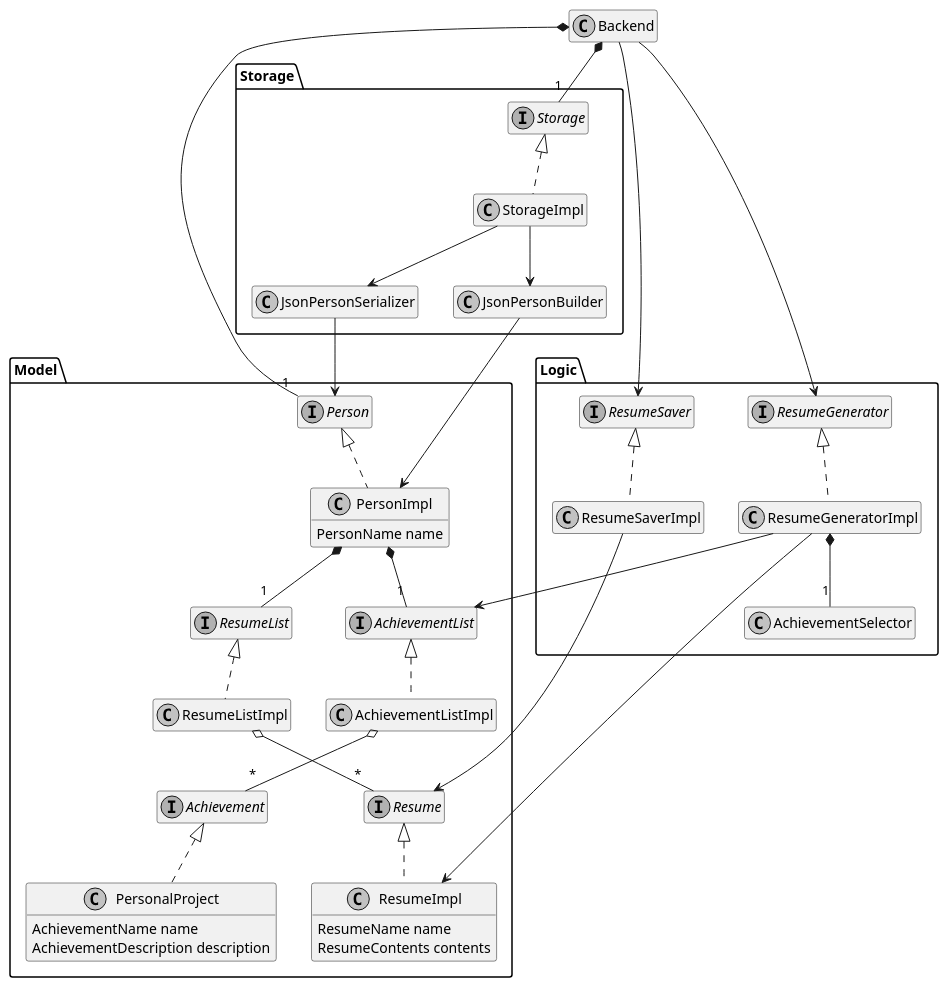
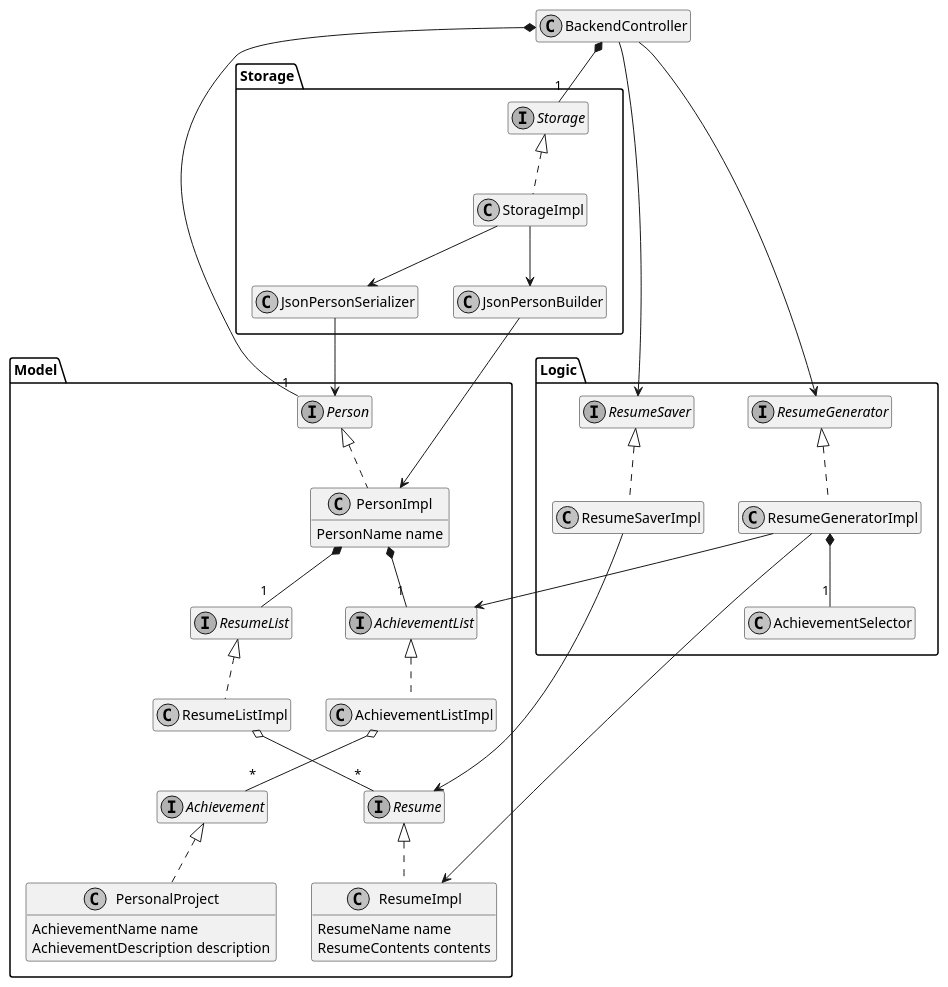
One commit to marckysan/ResuMe changed the diagram in docs/diagrams/BackendClassDiagram.puml. Above: the diagram before and after it, drawn with PlantUML. The commit also changed 4 other files, not shown here.

Commit message:
Update UML diagrams

```diff
--- a/docs/diagrams/BackendClassDiagram.puml
+++ b/docs/diagrams/BackendClassDiagram.puml
@@ -1,79 +1,79 @@
 @startuml
 
 skinparam monochrome true
 hide empty members
 
-class Backend
-Backend --> Logic.ResumeSaver
-Backend --> Logic.ResumeGenerator
-Backend *-- "1" Model.Person
-Backend *-- "1" Storage.Storage
+class BackendController
+BackendController --> Logic.ResumeSaver
+BackendController --> Logic.ResumeGenerator
+BackendController *-- "1" Model.Person
+BackendController *-- "1" Storage.Storage
 
 namespace Storage {
 
 interface Storage
 class StorageImpl
 Storage <|.. StorageImpl
 
 class JsonPersonSerializer
 StorageImpl --> JsonPersonSerializer
 JsonPersonSerializer --> Model.Person
 
 class JsonPersonBuilder
 StorageImpl --> JsonPersonBuilder
 JsonPersonBuilder --> Model.PersonImpl
 
 }
 
 namespace Logic {
 
 interface ResumeSaver
 class ResumeSaverImpl
 ResumeSaver <|.. ResumeSaverImpl
 ResumeSaverImpl --> Model.Resume
 
 interface ResumeGenerator
 class ResumeGeneratorImpl
 class AchievementSelector
 
 ResumeGenerator <|.. ResumeGeneratorImpl
 ResumeGeneratorImpl *-- "1" AchievementSelector
 ResumeGeneratorImpl --> Model.ResumeImpl
 ResumeGeneratorImpl --> Model.AchievementList
 }
 
 namespace Model {
 
 interface Person
 class PersonImpl {
     PersonName name
 }
 Person <|.. PersonImpl
 PersonImpl *-- "1" AchievementList
 PersonImpl *-- "1" ResumeList
 
 interface Achievement
 class PersonalProject {
     AchievementName name
     AchievementDescription description
 }
 interface AchievementList
 class AchievementListImpl
 Achievement <|.. PersonalProject
 AchievementList <|.. AchievementListImpl
 AchievementListImpl o-- "*" Achievement
 
 interface Resume
 class ResumeImpl {
     ResumeName name
     ResumeContents contents
 }
 interface ResumeList
 class ResumeListImpl
 Resume <|.. ResumeImpl
 ResumeList <|.. ResumeListImpl
 ResumeListImpl o-- "*" Resume
 
 }
 
 @enduml
```
